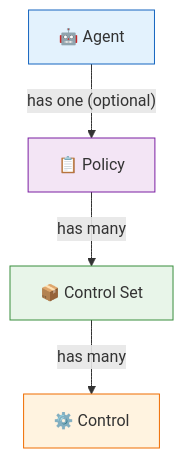
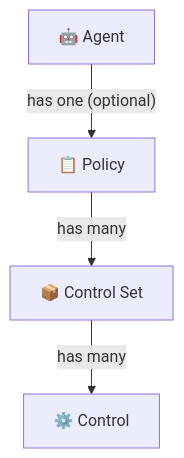
The first of 3 diagrams in diagrams/03-entity-relationships.md (agentcontrol/agent-control), drawn with Mermaid before and after one commit. The commit also changed other lines of this file and 9 other files, not shown here.

````diff
--- a/diagrams/03-entity-relationships.md
+++ b/diagrams/03-entity-relationships.md
@@ -7,16 +7,11 @@
 ```mermaid
 flowchart TD
     agent["🤖 Agent"]
     policy["📋 Policy"]
     controlset["📦 Control Set"]
     control["⚙️ Control"]
 
     agent -->|"has one (optional)"| policy
     policy -->|"has many"| controlset
     controlset -->|"has many"| control
-
-    style agent fill:#e3f2fd,stroke:#1565c0
-    style policy fill:#f3e5f5,stroke:#7b1fa2
-    style controlset fill:#e8f5e9,stroke:#388e3c
-    style control fill:#fff3e0,stroke:#ef6c00
 ```
````
